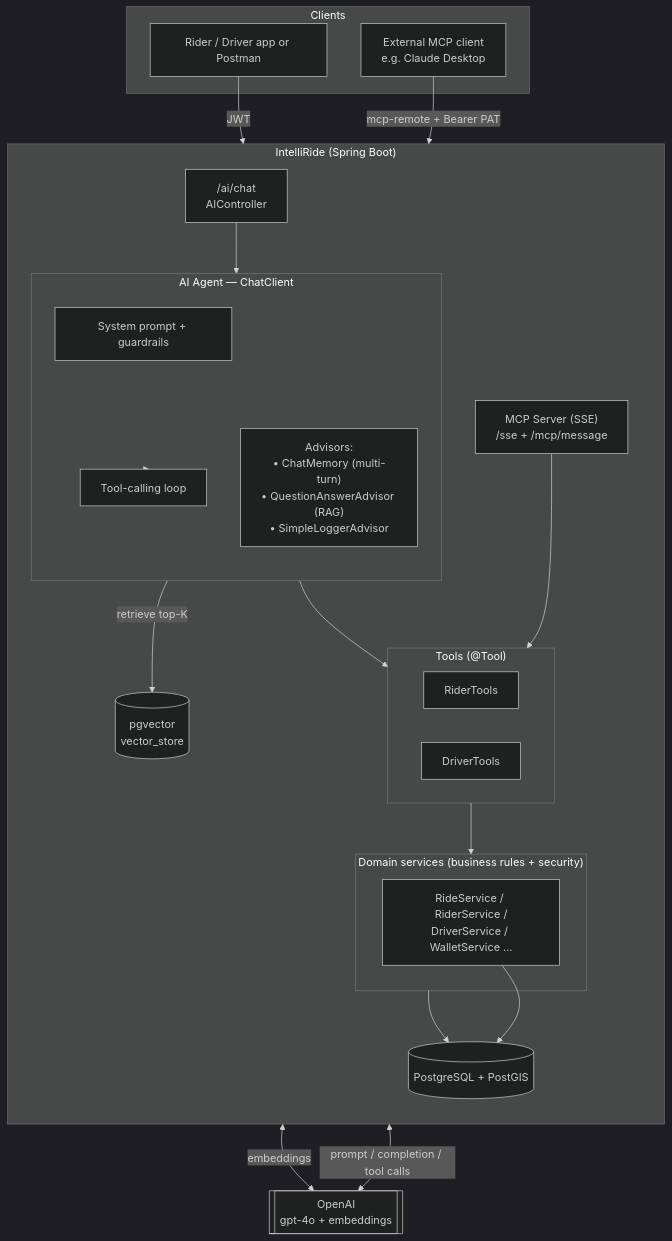
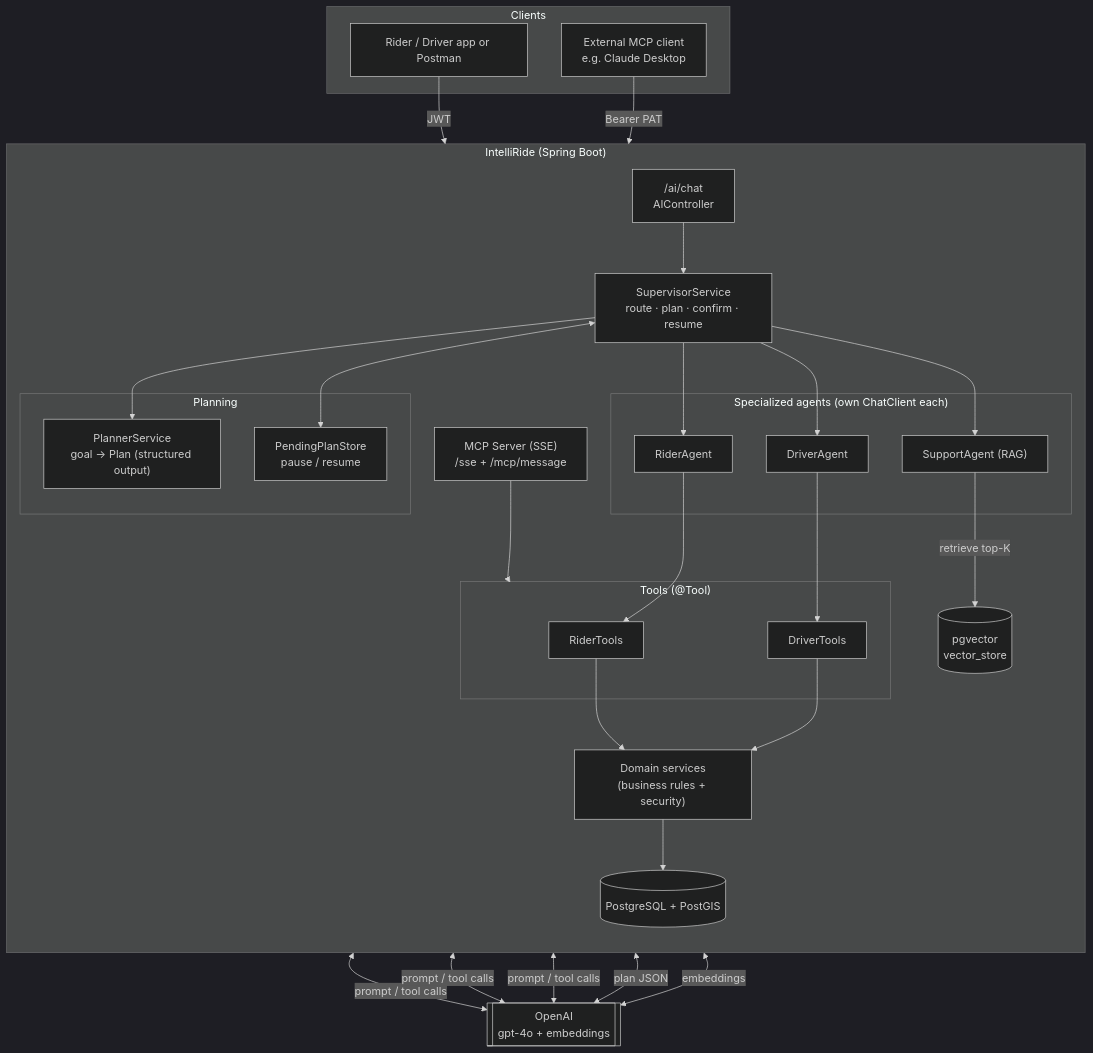
One commit to pallavi-sharma18/IntelliRide-Spring-AI changed the first of 2 diagrams in README.md. Above: the diagram before and after it, drawn with Mermaid (dark theme). The commit also changed other lines of this file, not shown here.

````diff
--- a/README.md
+++ b/README.md
@@ -29,44 +64,51 @@
 ```mermaid
 flowchart TB
     subgraph Clients
         U[Rider / Driver app or Postman]
         CD[External MCP client<br/>e.g. Claude Desktop]
     end
 
     subgraph App["IntelliRide (Spring Boot)"]
         direction TB
 
         AC["/ai/chat<br/>AIController"]
-        MCP["MCP Server (SSE)<br/>/sse + /mcp/message"]
+        SUP["SupervisorService<br/>route · plan · confirm · resume"]
 
-        subgraph Agent["AI Agent — ChatClient"]
-            direction TB
-            SP[System prompt + guardrails]
-            ADV["Advisors:<br/>• ChatMemory (multi-turn)<br/>• QuestionAnswerAdvisor (RAG)<br/>• SimpleLoggerAdvisor"]
-            TC[Tool-calling loop]
+        subgraph Planning
+            PL["PlannerService<br/>goal → Plan (structured output)"]
+            PS["PendingPlanStore<br/>pause / resume"]
+        end
+
+        subgraph Agents["Specialized agents (own ChatClient each)"]
+            RA[RiderAgent]
+            DA[DriverAgent]
+            SA["SupportAgent (RAG)"]
         end
 
         subgraph Tools["Tools (@Tool)"]
             RT[RiderTools]
             DT[DriverTools]
         end
 
-        subgraph Domain["Domain services (business rules + security)"]
-            RS[RideService / RiderService /<br/>DriverService / WalletService ...]
-        end
-
+        MCP["MCP Server (SSE)<br/>/sse + /mcp/message"]
+        RS["Domain services<br/>(business rules + security)"]
         VS[(pgvector<br/>vector_store)]
         DB[(PostgreSQL + PostGIS)]
     end
 
     LLM[["OpenAI<br/>gpt-4o + embeddings"]]
 
-    U -->|JWT| AC --> Agent
-    CD -->|mcp-remote + Bearer PAT| MCP --> Tools
+    U -->|JWT| AC --> SUP
+    SUP --> PL
+    SUP <--> PS
+    SUP --> RA & DA & SA
+    RA --> RT
+    DA --> DT
+    SA -->|retrieve top-K| VS
+    RT & DT --> RS --> DB
 
-    Agent --> TC --> Tools --> Domain --> DB
-    ADV -->|retrieve top-K| VS
-    Agent <-->|prompt / completion / tool calls| LLM
+    CD -->|Bearer PAT| MCP --> Tools
+    RA & DA & SA <-->|prompt / tool calls| LLM
+    PL <-->|plan JSON| LLM
     VS <-->|embeddings| LLM
-    RS --> DB
 ```
````
